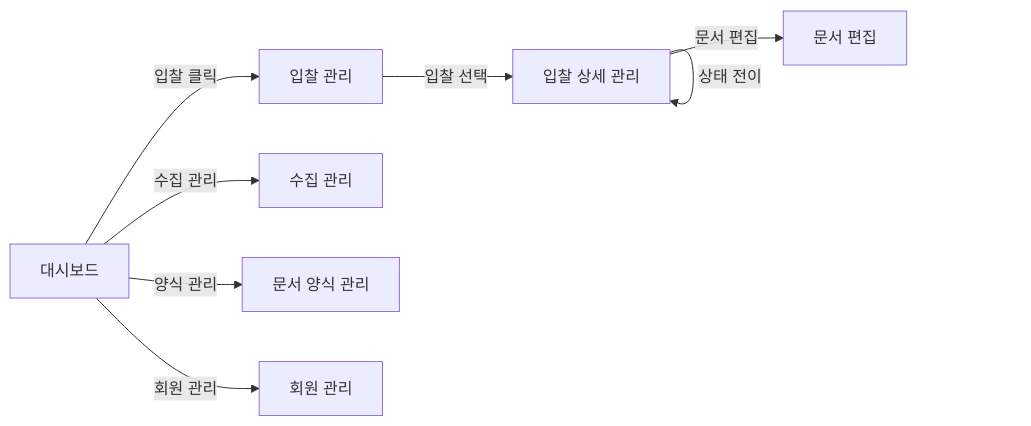
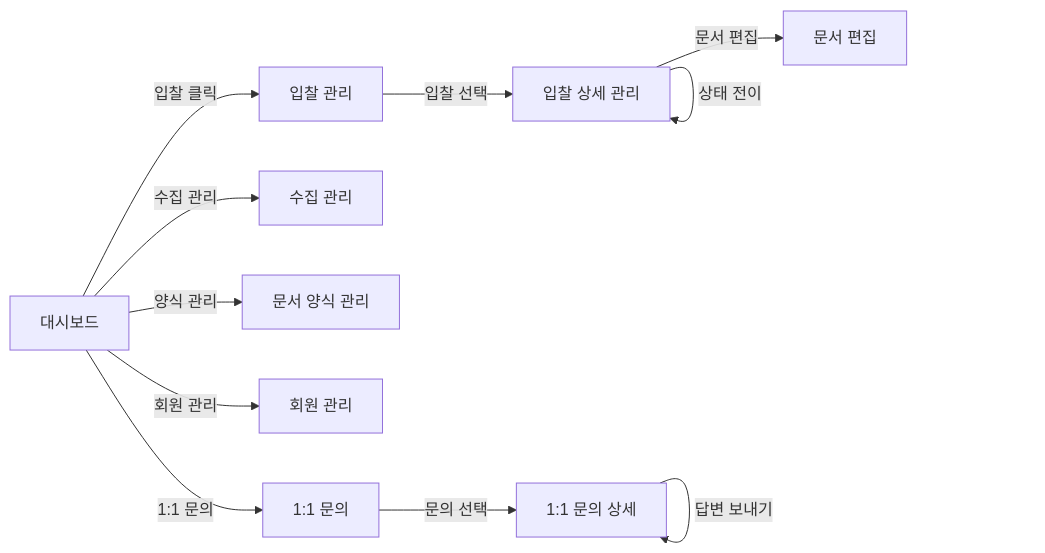
The second of 2 diagrams in docs/T3-3_화면_구조.md (johnnykim7/wjbid), drawn with Mermaid before and after one commit. The commit also changed other lines of this file and 15 other files, not shown here.

````diff
--- a/docs/T3-3_화면_구조.md
+++ b/docs/T3-3_화면_구조.md
@@ -487,10 +534,13 @@
 ```mermaid
 flowchart LR
     DASH[대시보드] -->|입찰 클릭| BID_LIST[입찰 관리]
     BID_LIST -->|입찰 선택| BID_DETAIL[입찰 상세 관리]
     BID_DETAIL -->|문서 편집| DOC_EDIT[문서 편집]
     BID_DETAIL -->|상태 전이| BID_DETAIL
     DASH -->|수집 관리| COLLECTION[수집 관리]
     DASH -->|양식 관리| TEMPLATES[문서 양식 관리]
     DASH -->|회원 관리| MEMBERS[회원 관리]
+    DASH -->|1:1 문의| INQ_LIST[1:1 문의]
+    INQ_LIST -->|문의 선택| INQ_DETAIL[1:1 문의 상세]
+    INQ_DETAIL -->|답변 보내기| INQ_DETAIL
 ```
````
